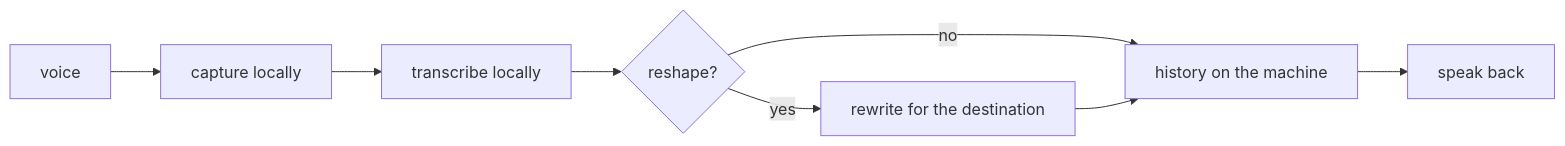
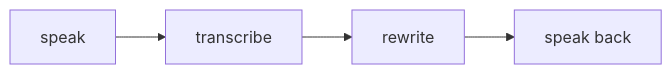
Before and after one commit to digithings-ai/digithings: the diagram in apps/digithings-web/content/book/14-digivoice/index.mdx, drawn with Mermaid. The commit also changed other lines of this file and 75 other files, not shown here.

````diff
--- a/apps/digithings-web/content/book/14-digivoice/index.mdx
+++ b/apps/digithings-web/content/book/14-digivoice/index.mdx
@@ -33,10 +28,6 @@
-```mermaid
+```mermaid the loop completes on the machine; only the finished text travels further
 flowchart LR
-  MIC[voice] --> CAP[capture locally]
-  CAP --> TRN[transcribe locally]
-  TRN --> REW{reshape?}
-  REW -->|yes| RW[rewrite for the destination]
-  REW -->|no| HIST[history on the machine]
-  RW --> HIST
-  HIST --> SPK[speak back]
+  MIC[speak] --> TRN[transcribe]
+  TRN --> REW[rewrite]
+  REW --> OUT[speak back]
 ```
````
